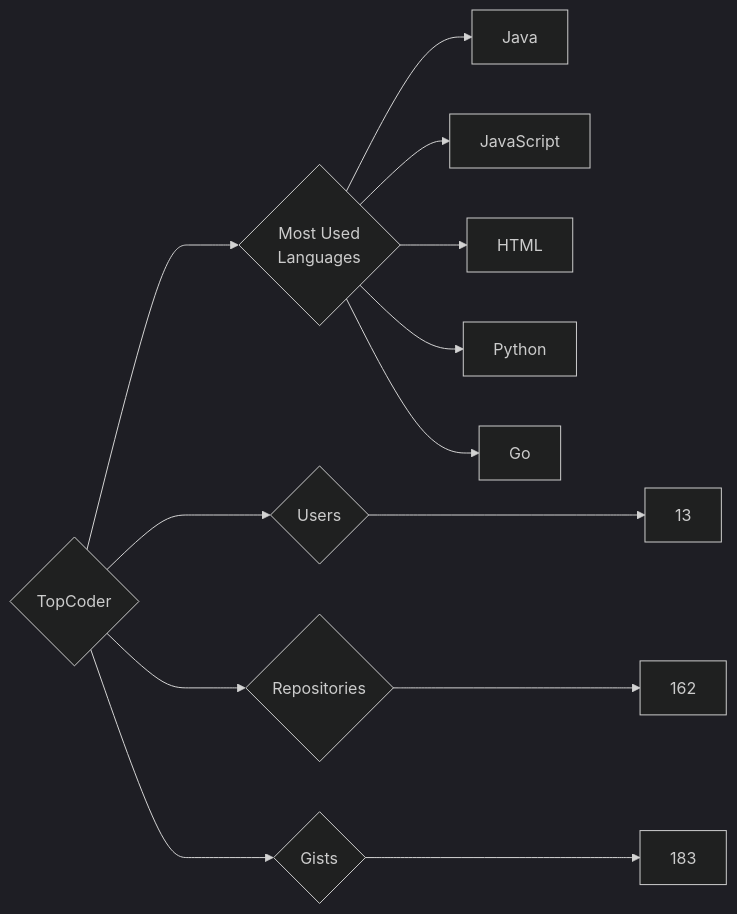
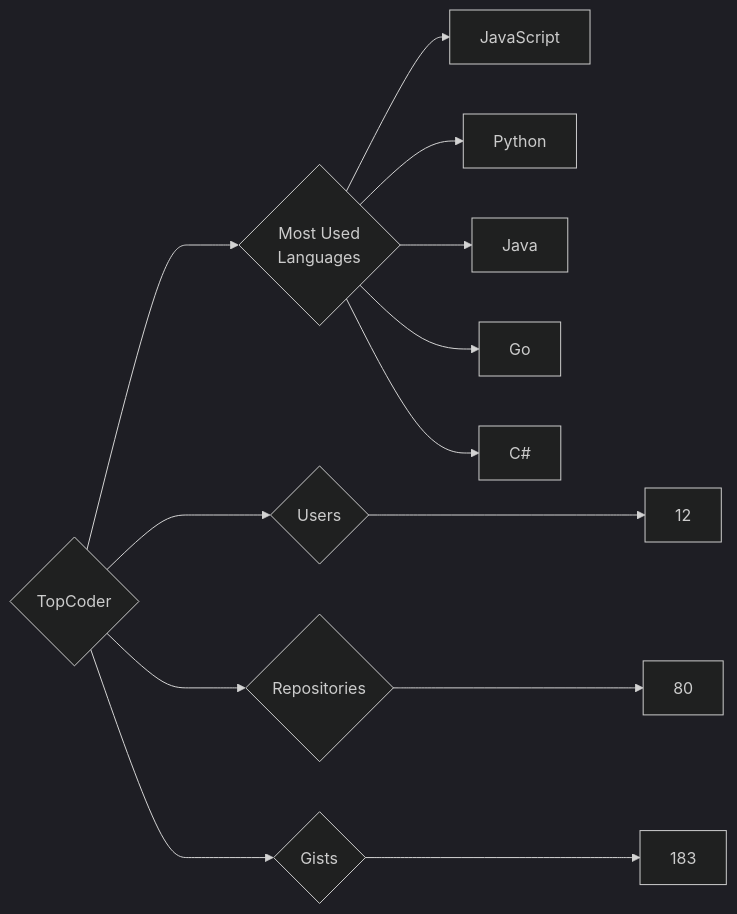
One commit to trickest/insiders changed the diagram in targets/TopCoder/README.md. Above: the diagram before and after it, drawn with Mermaid (dark theme). The commit also changed 681 other files, not shown here.

````diff
--- a/targets/TopCoder/README.md
+++ b/targets/TopCoder/README.md
@@ -3,13 +3,13 @@
 ```mermaid
 graph LR
 COMPANY_NAME{TopCoder}
-COMPANY_NAME ---> U{Users} ---> UN[13]
-COMPANY_NAME ---> R{Repositories} ---> RN[162]
+COMPANY_NAME ---> U{Users} ---> UN[12]
+COMPANY_NAME ---> R{Repositories} ---> RN[80]
 COMPANY_NAME ---> G{Gists} ---> GN[183]
 COMPANY_NAME ---> ML{Most Used<br>Languages}
+ML --> JavaScript[JavaScript]
+ML --> Python[Python]
 ML --> Java[Java]
-ML --> JavaScript[JavaScript]
-ML --> HTML[HTML]
-ML --> Python[Python]
 ML --> Go[Go]
+ML --> C#[C#]
 ```
````
